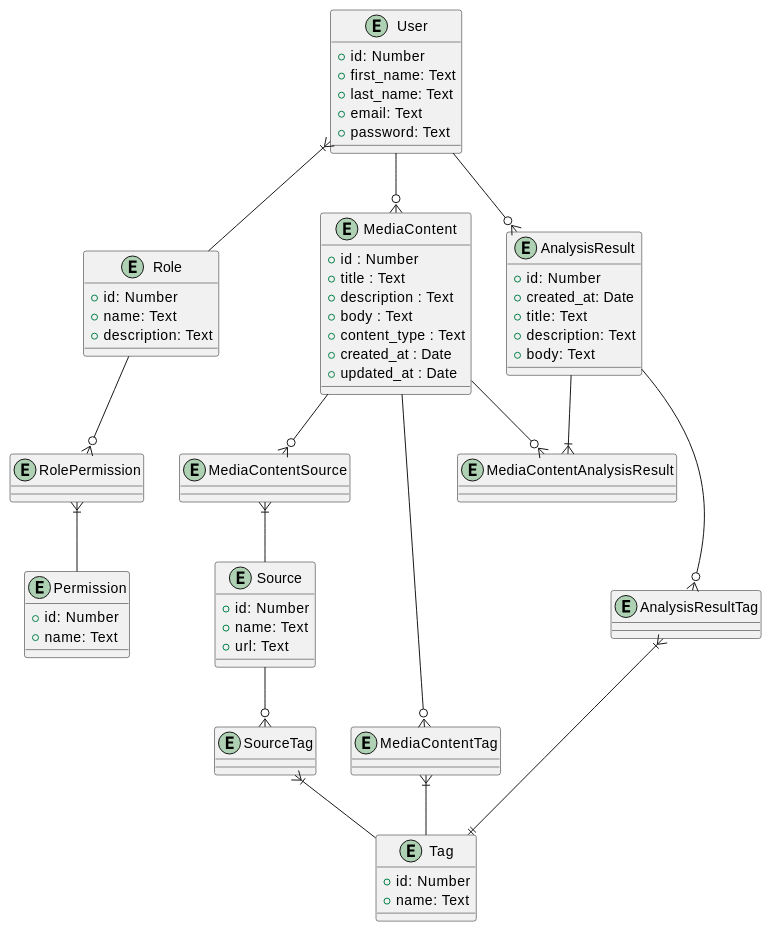
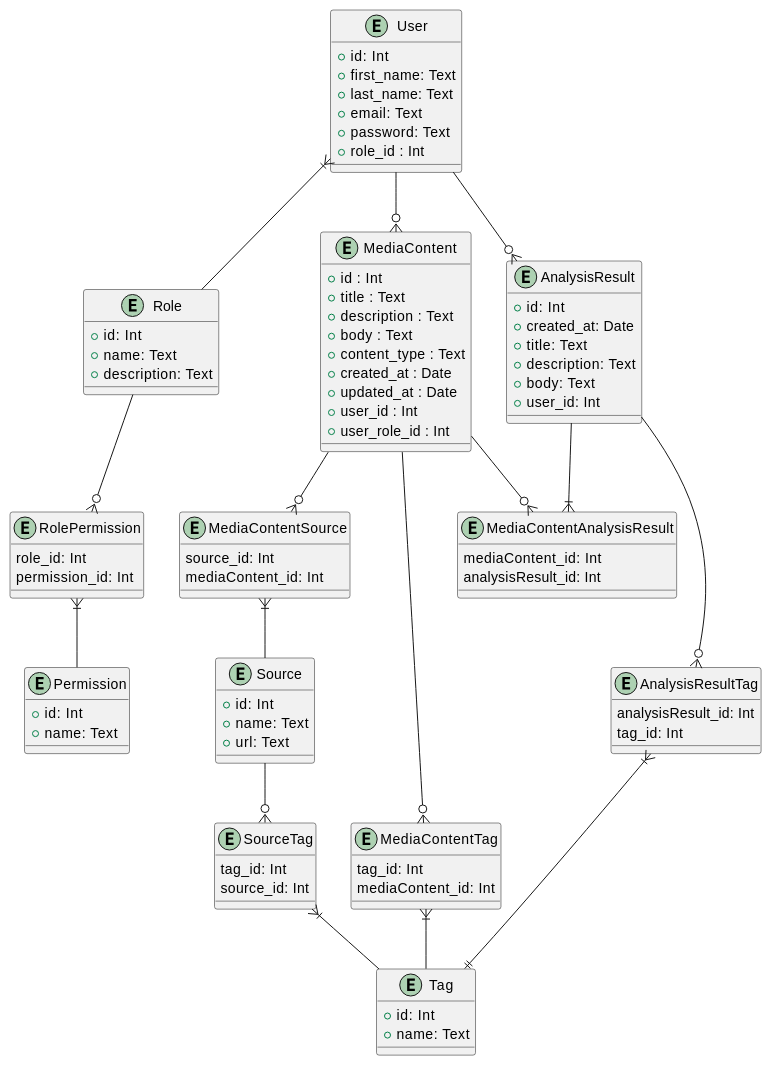
One commit to semenyaka08/media-content-api changed the second of 2 diagrams in docs/design/README.md. Above: the diagram before and after it, drawn with PlantUML.

Commit message:
update er_model

```diff
--- a/docs/design/README.md
+++ b/docs/design/README.md
@@ -130,67 +130,83 @@
 @startuml
 entity User {
-    +id: Number
+    +id: Int
     +first_name: Text
     +last_name: Text
     +email: Text
     +password: Text
+    +role_id : Int
 }
 
 entity Role {
-    +id: Number
+    +id: Int
     +name: Text
     +description: Text
 }
 
 entity Permission {
-    +id: Number
+    +id: Int
     +name: Text
 }
 
 entity MediaContent {
-  +id : Number
+  +id : Int
   +title : Text
   +description : Text
   +body : Text
   +content_type : Text
   +created_at : Date
   +updated_at : Date
+  +user_id : Int
+  +user_role_id : Int
 }
 
 entity Source {
-    +id: Number
+    +id: Int
     +name: Text
     +url: Text
 }
 
 entity Tag {
-    +id: Number
+    +id: Int
     +name: Text
 }
 
 entity AnalysisResult {
-    +id: Number
+    +id: Int
     +created_at: Date
     +title: Text
     +description: Text
     +body: Text
+    +user_id: Int
 }
 
 entity MediaContentSource {
+    source_id: Int
+    mediaContent_id: Int
 }
 
 entity MediaContentTag {
+    tag_id: Int
+    mediaContent_id: Int
 }
 
 entity MediaContentAnalysisResult {
+    mediaContent_id: Int
+    analysisResult_id: Int
 }
 
 entity RolePermission {
+    role_id: Int
+    permission_id: Int
 }
 
 entity AnalysisResultTag {
+    analysisResult_id: Int
+    tag_id: Int
 }
 entity SourceTag{
+    tag_id: Int
+    source_id: Int
 }
 
 User }|-- Role
```
